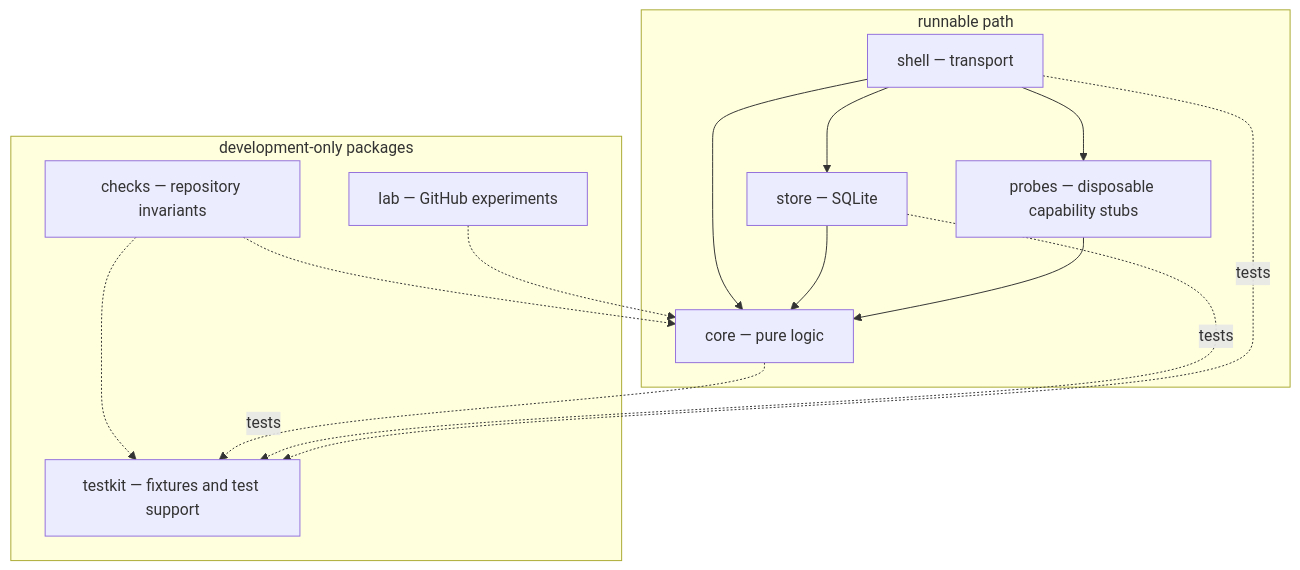
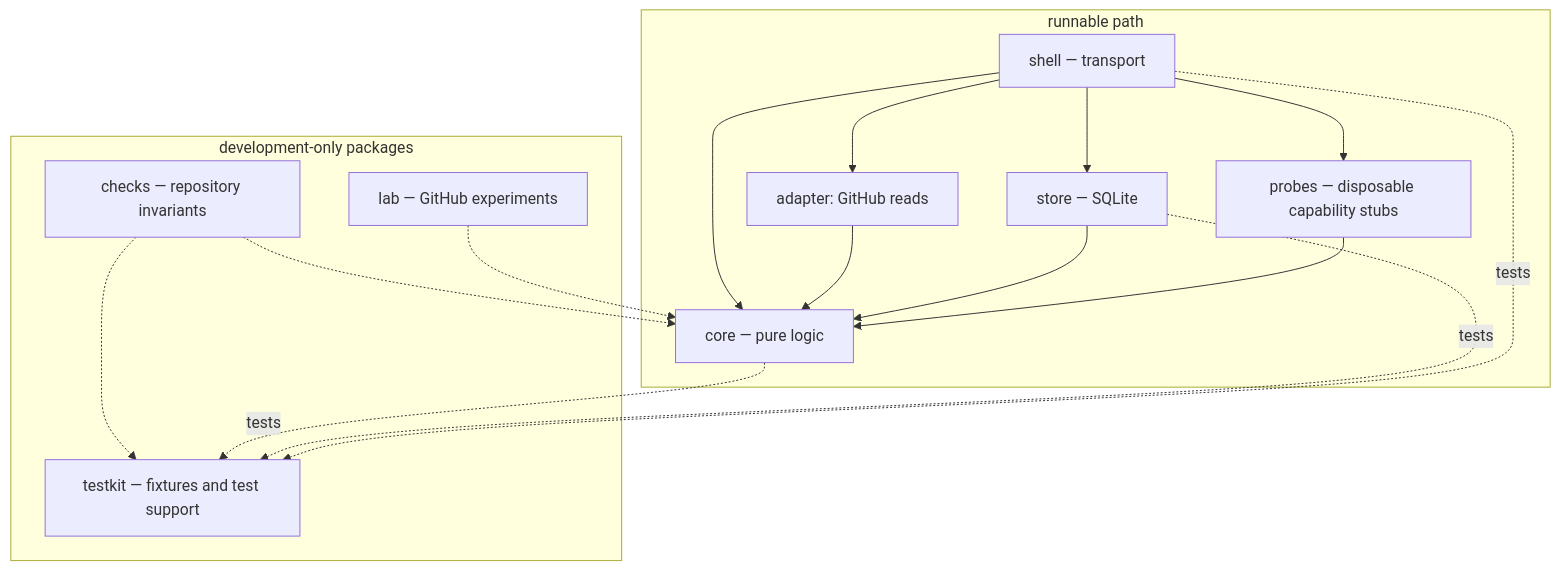
One commit to cheese-cakee/sdk-automations changed the second of 9 diagrams in design/architecture.md. Above: the diagram before and after it, drawn with Mermaid. The commit also changed other lines of this file and 11 other files, not shown here.

````diff
--- a/design/architecture.md
+++ b/design/architecture.md
@@ -34,21 +36,23 @@
 ```mermaid
 flowchart TD
     subgraph runtime ["runnable path"]
         shell["shell — transport"] --> core["core — pure logic"]
+        shell --> adapter["adapter: GitHub reads"]
         shell --> store["store — SQLite"]
         shell --> probes["probes — disposable capability stubs"]
+        adapter --> core
         store --> core
         probes --> core
     end
     subgraph development ["development-only packages"]
         checks["checks — repository invariants"]
         lab["lab — GitHub experiments"]
         testkit["testkit — fixtures and test support"]
     end
     checks -.-> core
     checks -.-> testkit
     lab -.-> core
     core -. "tests" .-> testkit
     store -. "tests" .-> testkit
     shell -. "tests" .-> testkit
 ```
````
